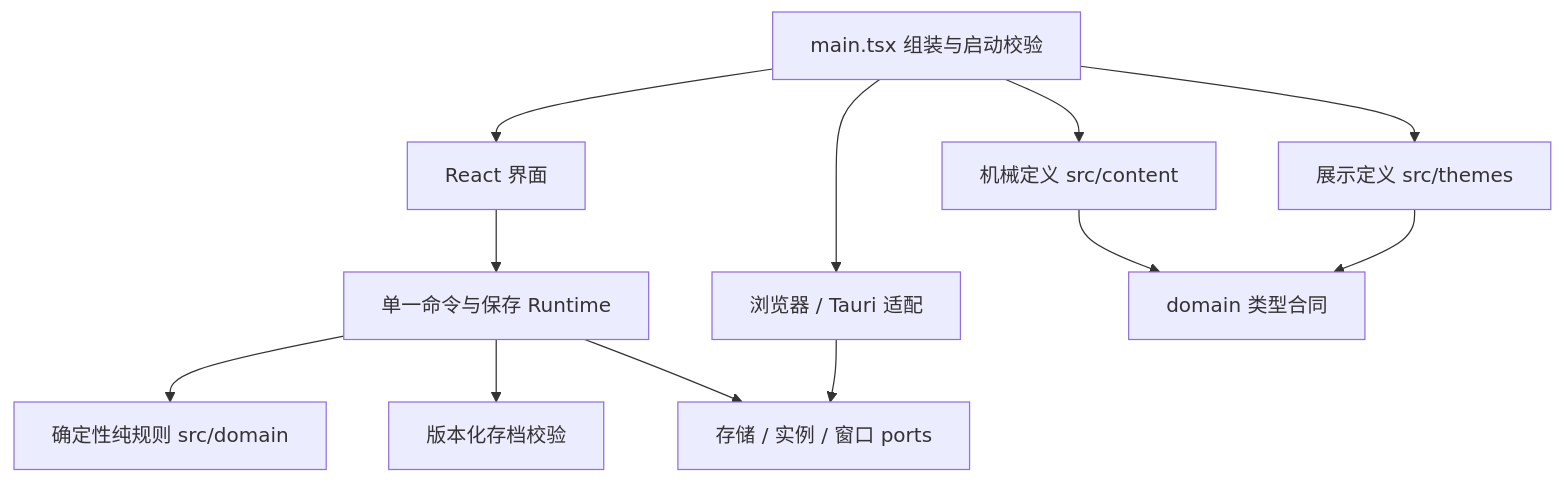
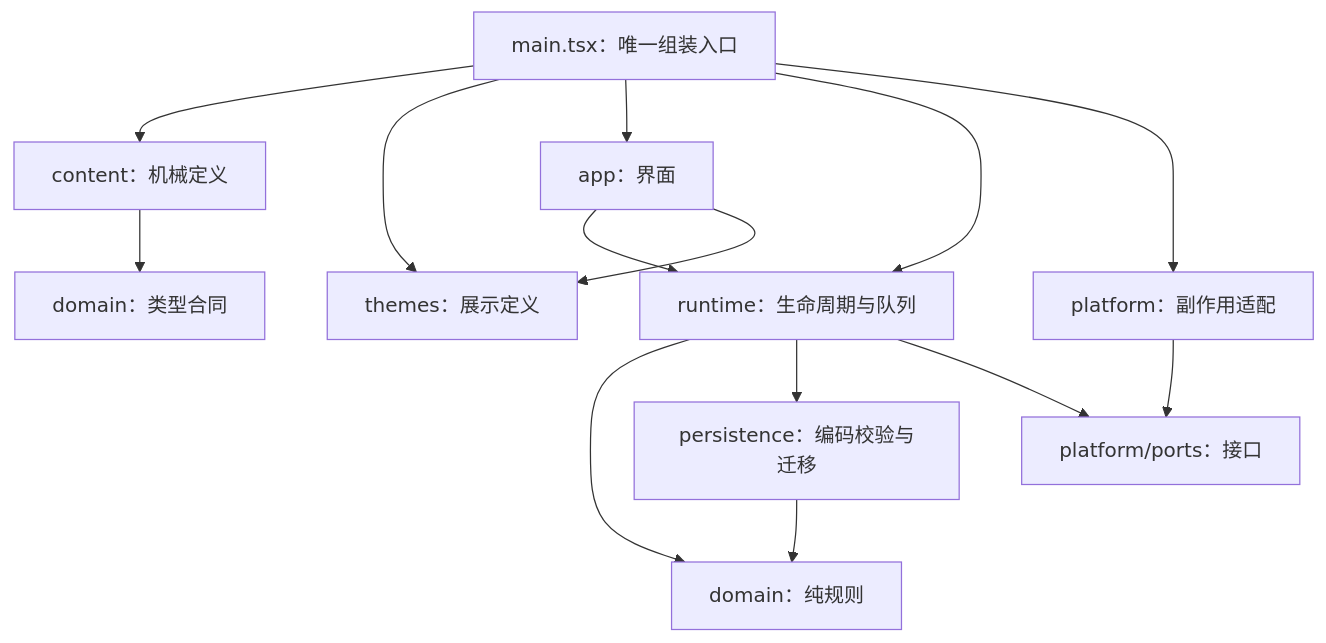
The diagram in docs/架构说明.md (xuxiaoyu233/game), drawn with Mermaid before and after one commit. The commit also changed other lines of this file and 42 other files, not shown here.

````diff
--- a/docs/架构说明.md
+++ b/docs/架构说明.md
@@ -9,14 +17,16 @@
 ```mermaid
 flowchart TD
-  Entry[main.tsx 组装与启动校验] --> App[React 界面]
-  Entry --> Content[机械定义 src/content]
-  Entry --> Theme[展示定义 src/themes]
-  Entry --> Platform[浏览器 / Tauri 适配]
-  App --> Runtime[单一命令与保存 Runtime]
-  Runtime --> Domain[确定性纯规则 src/domain]
-  Runtime --> Codec[版本化存档校验]
-  Runtime --> Ports[存储 / 实例 / 窗口 ports]
+  Entry[main.tsx：唯一组装入口] --> Content[content：机械定义]
+  Entry --> Themes[themes：展示定义]
+  Entry --> App[app：界面]
+  Entry --> Runtime[runtime：生命周期与队列]
+  Entry --> Platform[platform：副作用适配]
+  App --> Runtime
+  App --> Themes
+  Runtime --> Domain[domain：纯规则]
+  Runtime --> Codec[persistence：编码校验与迁移]
+  Runtime --> Ports[platform/ports：接口]
   Platform --> Ports
-  Content --> Types[domain 类型合同]
-  Theme --> Types
+  Codec --> Domain
+  Content --> Types[domain：类型合同]
 ```
````
